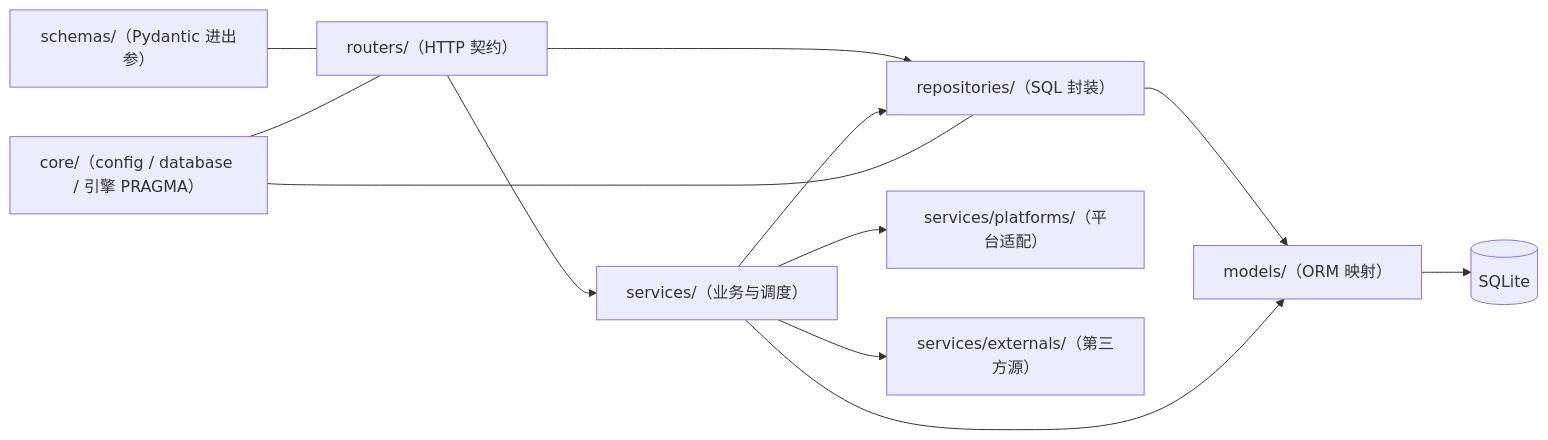
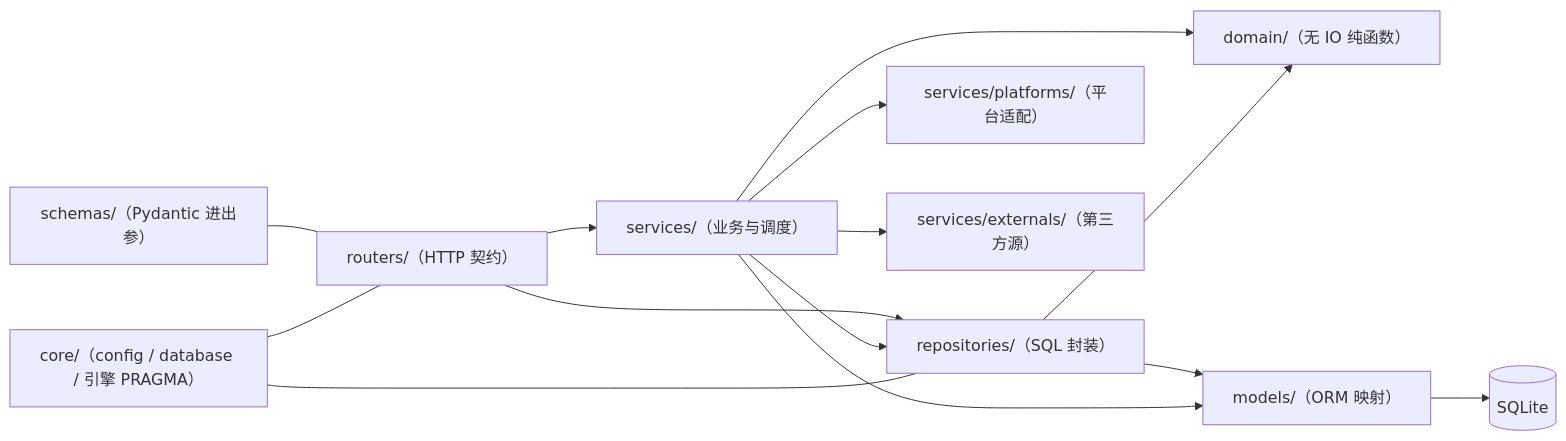
The eighth of 8 diagrams in docs/ARCHITECTURE.md (Mrslippe/DDToolkit), drawn with Mermaid before and after one commit. The commit also changed other lines of this file and 16 other files, not shown here.

````diff
--- a/docs/ARCHITECTURE.md
+++ b/docs/ARCHITECTURE.md
@@ -613,14 +613,16 @@
 ```mermaid
 flowchart LR
   R["routers/（HTTP 契约）"] --> S["services/（业务与调度）"]
   R --> RP["repositories/（SQL 封装）"]
   S --> RP
   S --> P["services/platforms/（平台适配）"]
   S --> X["services/externals/（第三方源）"]
+  S --> D["domain/（无 IO 纯函数）"]
+  RP --> D
   RP --> M["models/（ORM 映射）"]
   S --> M
   M --> DB[("SQLite")]
   SCH["schemas/（Pydantic 进出参）"] --- R
   C["core/（config / database / 引擎 PRAGMA）"] --- R
   C --- RP
 ```
````
